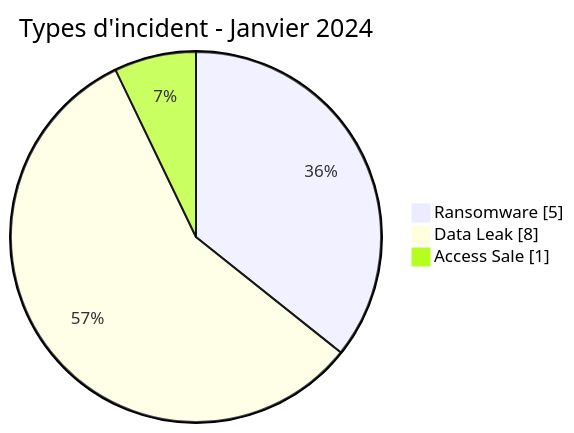
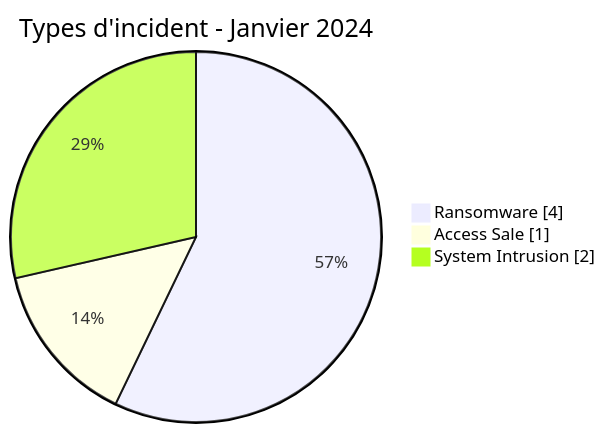
Before and after one commit to Hatchepsoute/AFRINTEL: the first of 2 diagrams in CyberAttackAfrica/2024/01-january/README_FR.md, drawn with Mermaid. The commit also changed other lines of this file and 66 other files, not shown here.

````diff
--- a/CyberAttackAfrica/2024/01-january/README_FR.md
+++ b/CyberAttackAfrica/2024/01-january/README_FR.md
@@ -51,7 +53,7 @@
 ```mermaid
 pie showData
     title Types d'incident - Janvier 2024
-    "Ransomware" : 5
-    "Data Leak" : 8
+    "Ransomware" : 4
     "Access Sale" : 1
+    "System Intrusion" : 2
 ```
````
